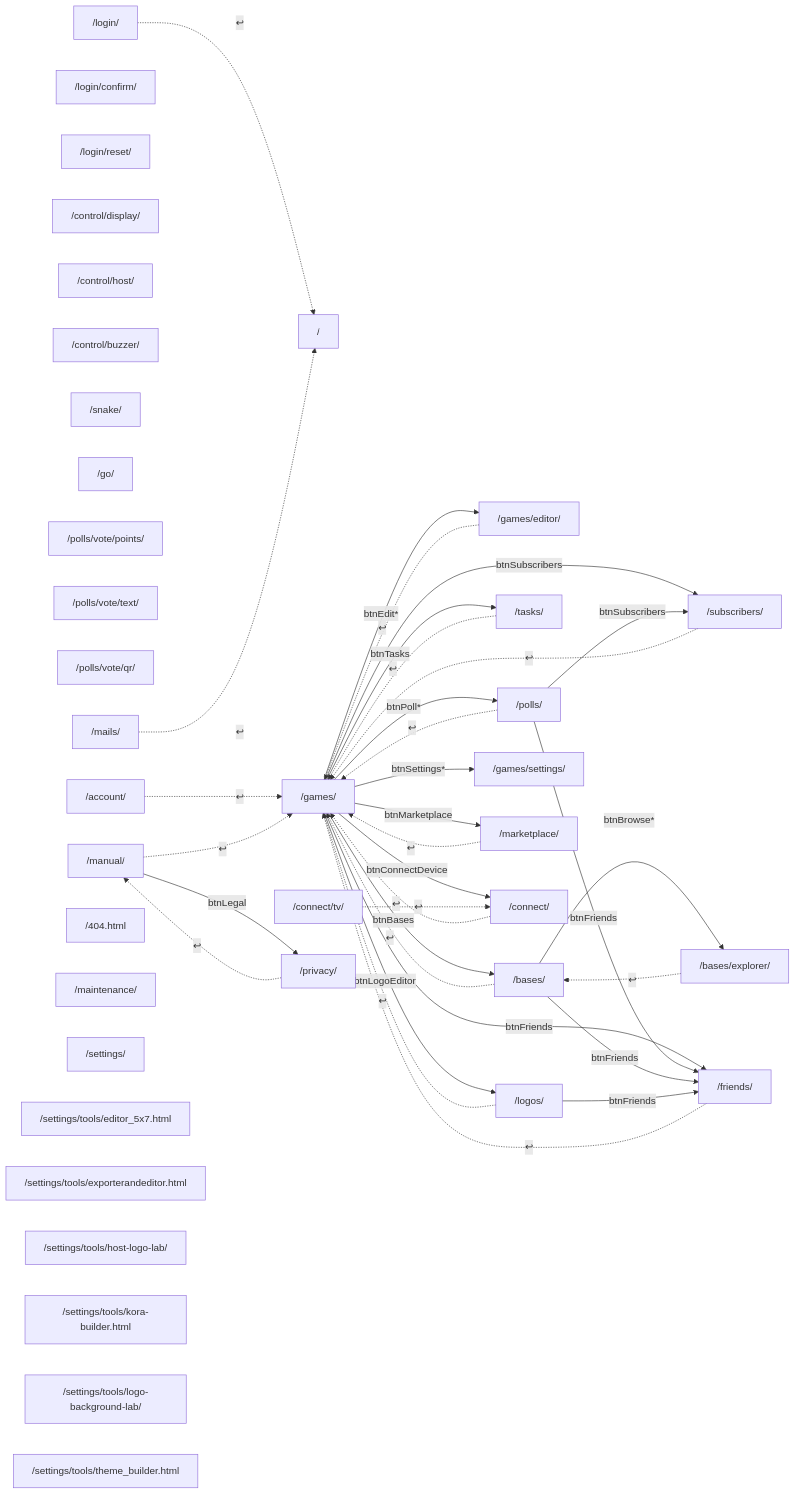
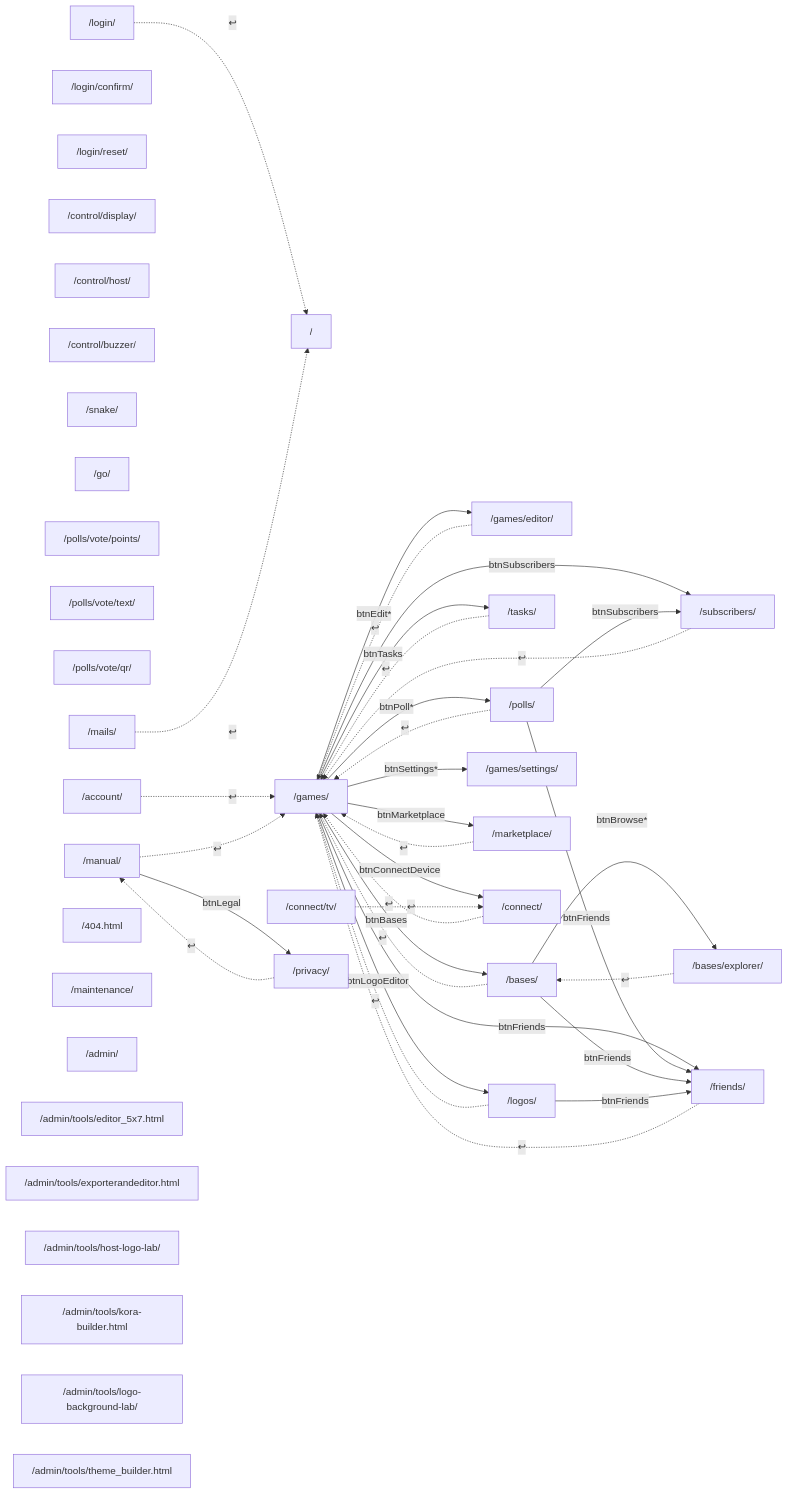
Before and after one commit to Andrish97/familiada: the ninth of 9 diagrams in docs/nawigacja-mapa-plan.md, drawn with Mermaid. The commit also changed other lines of this file and 281 other files, not shown here.

First line of the commit message:
Panel admina: settings → admin (adres admin.familiada.online, katalog web/admin, ścieżki /admin/); polityka prywatności zaktualizowana

````diff
--- a/docs/nawigacja-mapa-plan.md
+++ b/docs/nawigacja-mapa-plan.md
@@ -888,73 +888,73 @@
 ```mermaid
 flowchart LR
   home["/"]
   login["/login/"]
   loginConfirm["/login/confirm/"]
   loginReset["/login/reset/"]
   games["/games/"]
   editor["/games/editor/"]
   polls["/polls/"]
   friends["/friends/"]
   subscribers["/subscribers/"]
   tasks["/tasks/"]
   bases["/bases/"]
   baseExplorer["/bases/explorer/"]
   logoEditor["/logos/"]
   gameSettings["/games/settings/"]
   marketplace["/marketplace/"]
   connectDevice["/connect/"]
   connectTv["/connect/tv/"]
   controlDisplay["/control/display/"]
   controlHost["/control/host/"]
   controlBuzzer["/control/buzzer/"]
   snake["/snake/"]
   go["/go/"]
   pollVotePoints["/polls/vote/points/"]
   pollVoteText["/polls/vote/text/"]
   pollVoteQr["/polls/vote/qr/"]
   account["/account/"]
   manual["/manual/"]
   mailCenter["/mails/"]
   privacy["/privacy/"]
   notFound["/404.html"]
   maintenance["/maintenance/"]
-  admin["/settings/"]
-  adminToolEditor["/settings/tools/editor_5x7.html"]
-  adminToolExporter["/settings/tools/exporterandeditor.html"]
-  adminToolHostLogo["/settings/tools/host-logo-lab/"]
-  adminToolKora["/settings/tools/kora-builder.html"]
-  adminToolLogoBackground["/settings/tools/logo-background-lab/"]
-  adminToolTheme["/settings/tools/theme_builder.html"]
+  admin["/admin/"]
+  adminToolEditor["/admin/tools/editor_5x7.html"]
+  adminToolExporter["/admin/tools/exporterandeditor.html"]
+  adminToolHostLogo["/admin/tools/host-logo-lab/"]
+  adminToolKora["/admin/tools/kora-builder.html"]
+  adminToolLogoBackground["/admin/tools/logo-background-lab/"]
+  adminToolTheme["/admin/tools/theme_builder.html"]
   games -->|btnMarketplace| marketplace
   games -->|btnLogoEditor| logoEditor
   games -->|btnConnectDevice| connectDevice
   games -->|btnFriends| friends
   games -->|btnSubscribers| subscribers
   games -->|btnTasks| tasks
   games -->|btnBases| bases
   games -->|btnSettings*| gameSettings
   games -->|btnEdit*| editor
   games -->|btnPoll*| polls
   polls -->|btnFriends| friends
   polls -->|btnSubscribers| subscribers
   bases -->|btnFriends| friends
   bases -->|btnBrowse*| baseExplorer
   logoEditor -->|btnFriends| friends
   manual -->|btnLegal| privacy
   login -.->|↩| home
   editor -.->|↩| games
   polls -.->|↩| games
   friends -.->|↩| games
   subscribers -.->|↩| games
   tasks -.->|↩| games
   bases -.->|↩| games
   baseExplorer -.->|↩| bases
   logoEditor -.->|↩| games
   marketplace -.->|↩| games
   connectDevice -.->|↩| games
   connectTv -.->|↩| connectDevice
   account -.->|↩| games
   manual -.->|↩| games
   mailCenter -.->|↩| home
   privacy -.->|↩| manual
 ```
````
